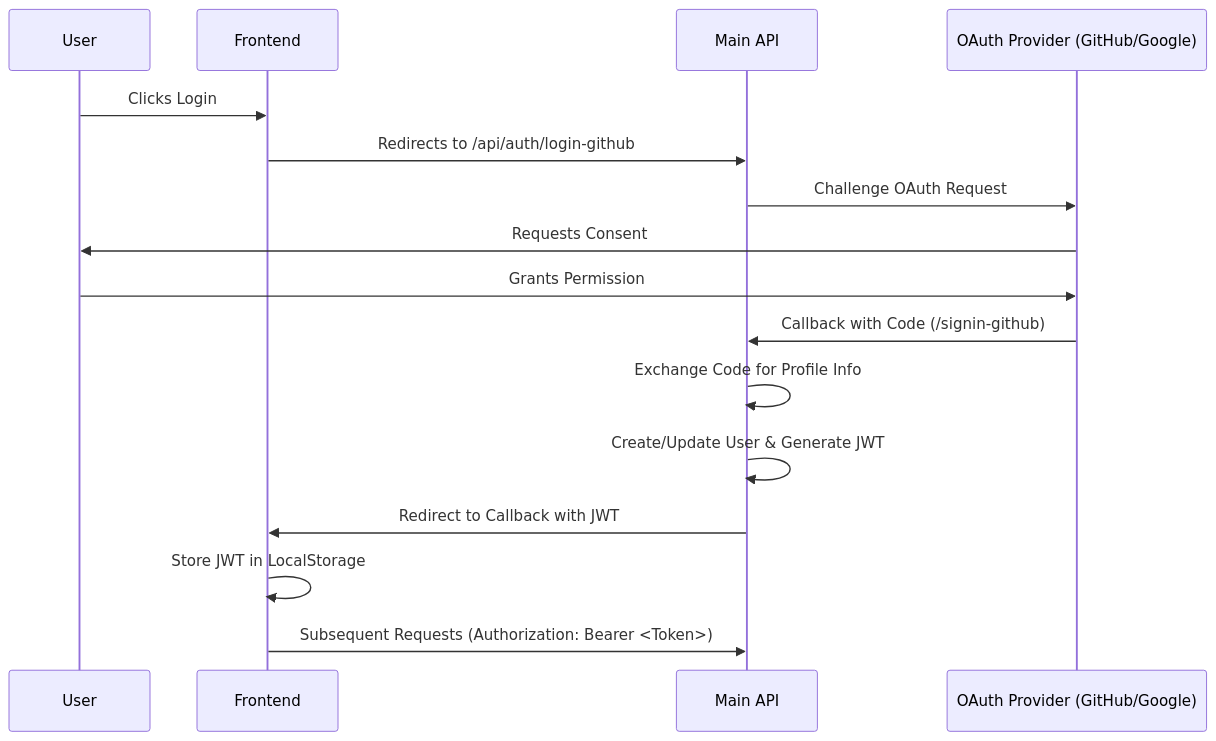
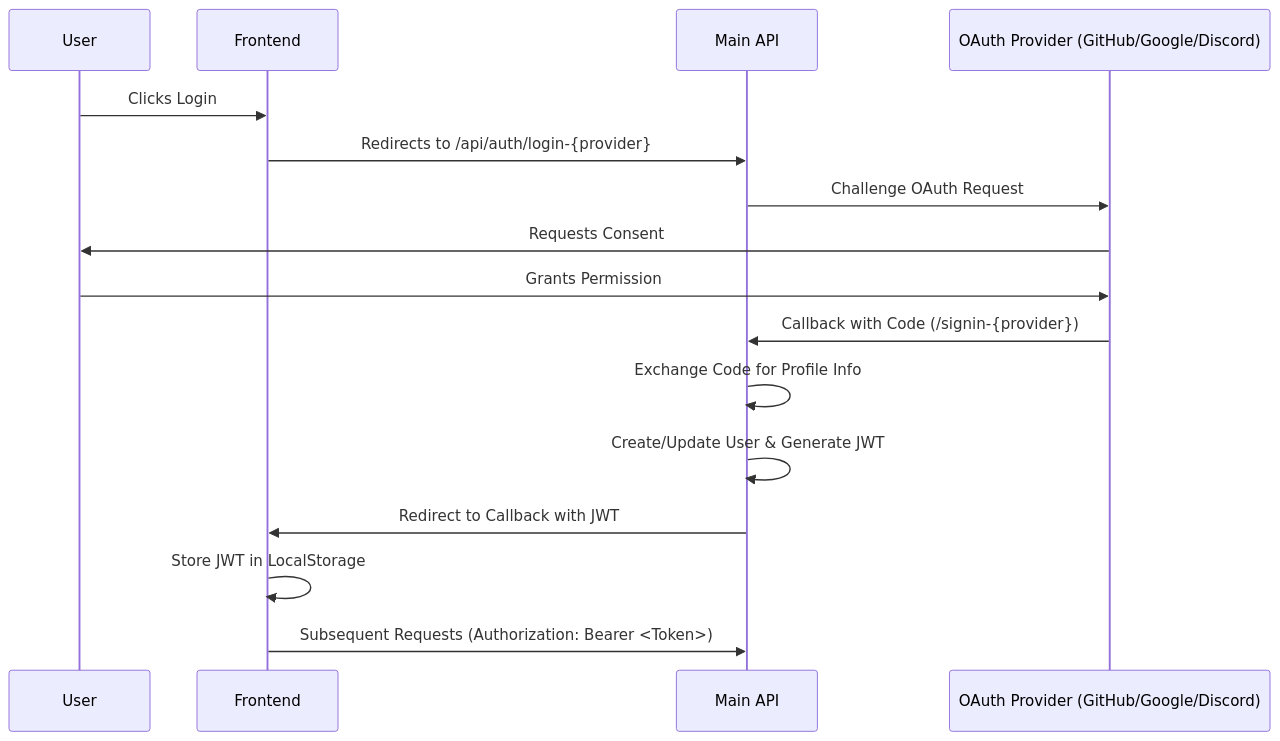
The third of 3 diagrams in Architecture.md (dpitois/niko-niko), drawn with Mermaid before and after one commit. The commit also changed other lines of this file and 14 other files, not shown here.

First line of the commit message:
feat: add Discord OAuth2 authentication

````diff
--- a/Architecture.md
+++ b/Architecture.md
@@ -127,19 +127,19 @@
 ```mermaid
 sequenceDiagram
     participant U as User
     participant F as Frontend
     participant A as Main API
-    participant P as OAuth Provider (GitHub/Google)
+    participant P as OAuth Provider (GitHub/Google/Discord)
 
     U->>F: Clicks Login
-    F->>A: Redirects to /api/auth/login-github
+    F->>A: Redirects to /api/auth/login-{provider}
     A->>P: Challenge OAuth Request
     P->>U: Requests Consent
     U->>P: Grants Permission
-    P->>A: Callback with Code (/signin-github)
+    P->>A: Callback with Code (/signin-{provider})
     A->>A: Exchange Code for Profile Info
     A->>A: Create/Update User & Generate JWT
     A->>F: Redirect to Callback with JWT
     F->>F: Store JWT in LocalStorage
     F->>A: Subsequent Requests (Authorization: Bearer <Token>)
 ```
````
